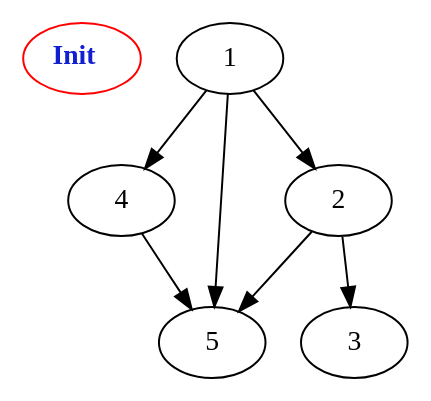
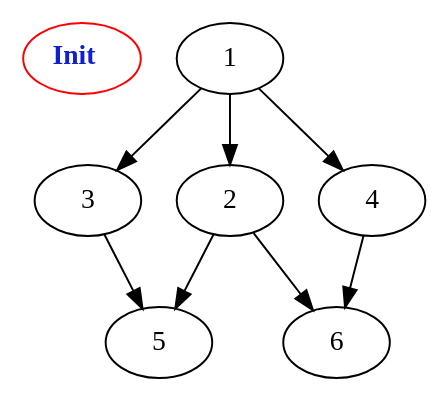
One commit to TomarGunjan/CS553-DistributedAlgorithms changed the diagram in src/main/resources/inputTarry.dot. Above: the diagram before and after it, drawn with Graphviz. The commit also changed other lines of this file and 3 other files, not shown here.

```diff
--- a/src/main/resources/inputTarry.dot
+++ b/src/main/resources/inputTarry.dot
@@ -1,10 +1,11 @@
 digraph "Net Graph with 6 nodes" {
 edge ["class"="link-class"]
 "0" ["color"="red","label"=<<b>Init</b>>,"fontcolor"="#1020d0"]
 "1" -> "2"
+"1" -> "3"
 "1" -> "4"
-"1" -> "5"
-"2" -> "3"
 "2" -> "5"
-"4" -> "5"
+"2" -> "6"
+"3" -> "5"
+"4" -> "6"
 }
```
